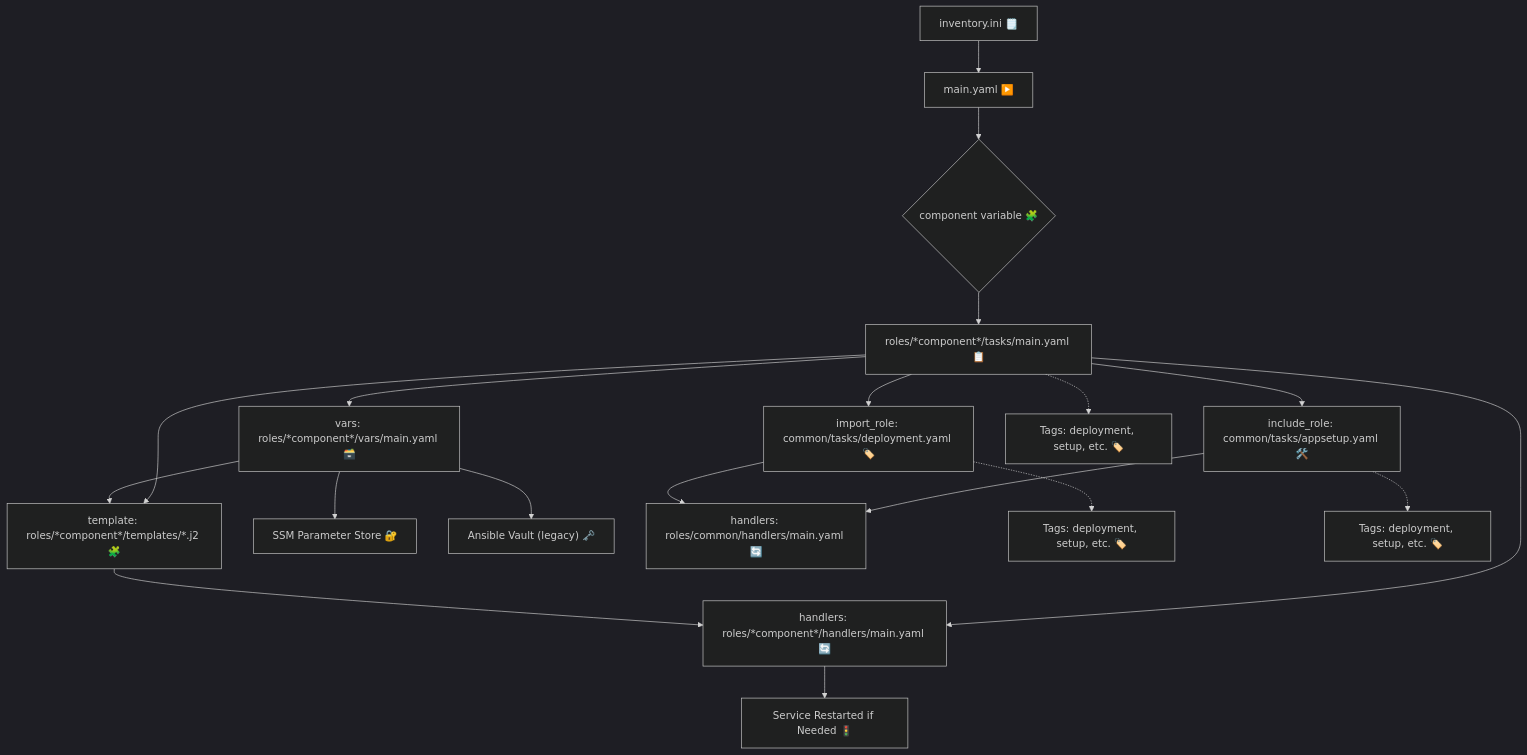
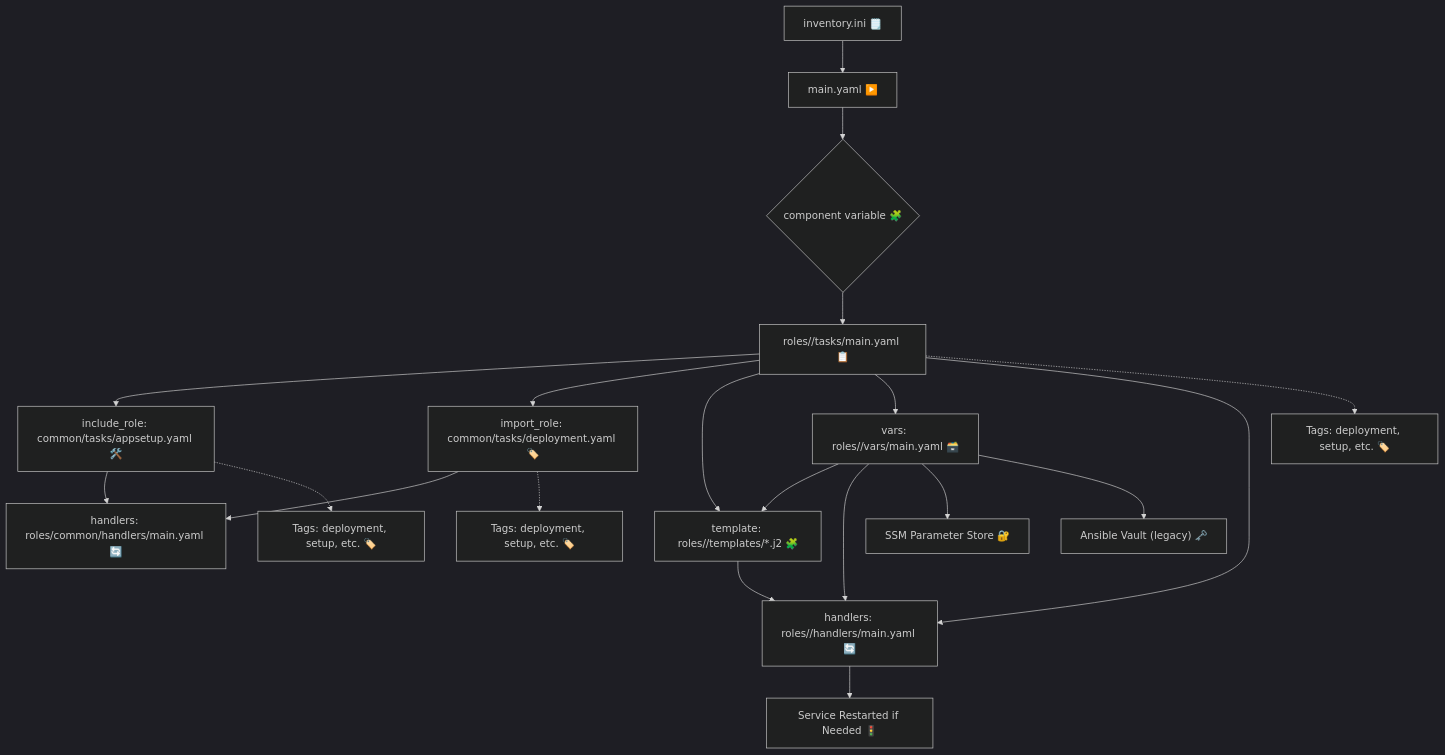
One commit to MAHALAKSHMImahalakshmi/rolesAnsibleRoboshop changed the diagram in README.md. Above: the diagram before and after it, drawn with Mermaid (dark theme).

````diff
--- a/README.md
+++ b/README.md
@@ -62,21 +62,33 @@
 ```mermaid
 flowchart TD
-    A["inventory.ini 🗒️"] --> B["main.yaml ▶️"]
+    A["inventory.ini 🗒️"] --> B["main.yaml ▶️"] 
     B --> C{"component variable 🧩"}
-    C --> D["roles/*component*/tasks/main.yaml 📋"]
+    C --> D["roles/<component>/tasks/main.yaml 📋"] 
+
     D --> E["include_role: common/tasks/appsetup.yaml 🛠️"]
     D --> F["import_role: common/tasks/deployment.yaml 🏷️"]
-    D --> G["template: roles/*component*/templates/*.j2 🧩"]
-    D --> H["vars: roles/*component*/vars/main.yaml 🗃️"]
-    D --> I["handlers: roles/*component*/handlers/main.yaml 🔄"]
-    H --> L["SSM Parameter Store 🔐"]
-    H --> M["Ansible Vault (legacy) 🗝️"]
+
+    D --> G["template: roles/<component>/templates/*.j2 🧩"]
+    D --> H["vars: roles/<component>/vars/main.yaml 🗃️"]
+    D --> I["handlers: roles/<component>/handlers/main.yaml 🔄"]
+
+    %% Variables influence Templates and Handlers
+    H --> G
+    H --> I
+    G --> I
+
+    %% Handlers restart services when notified
+    I --> K["Service Restarted if Needed 🚦"]
     E --> J["handlers: roles/common/handlers/main.yaml 🔄"]
     F --> J
-    G --> I
-    H --> G
-    I --> K["Service Restarted if Needed 🚦"]
+
+    %% Tags apply on role inclusion to support selective runs
     F -.-> F_TAG["Tags: deployment, setup, etc. 🏷️"]
     E -.-> E_TAG["Tags: deployment, setup, etc. 🏷️"]
     D -.-> D_TAG["Tags: deployment, setup, etc. 🏷️"]
+
+    %% Secrets accessed by vars/tasks
+    H --> L["SSM Parameter Store 🔐"]
+    H --> M["Ansible Vault (legacy) 🗝️"]
+
 ```
````
